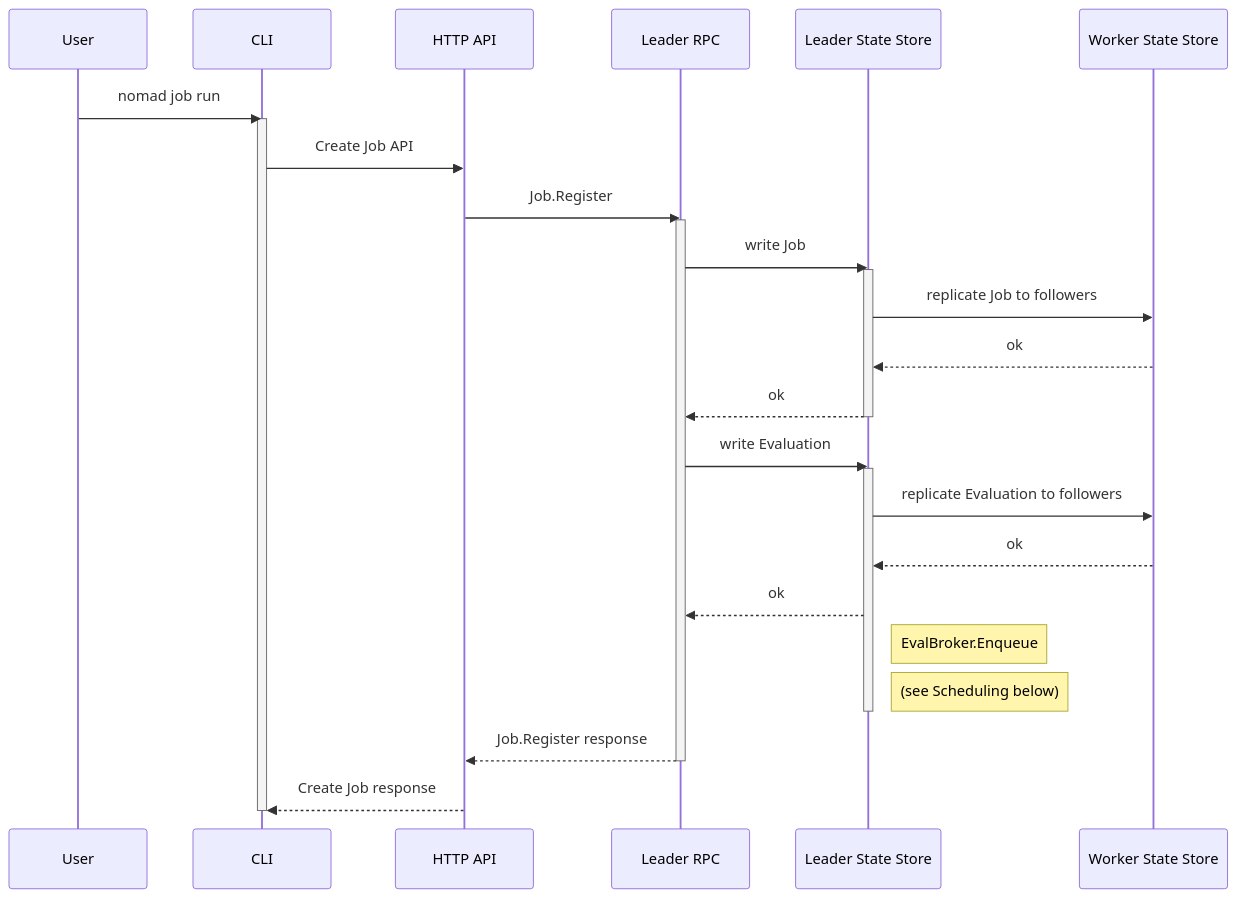
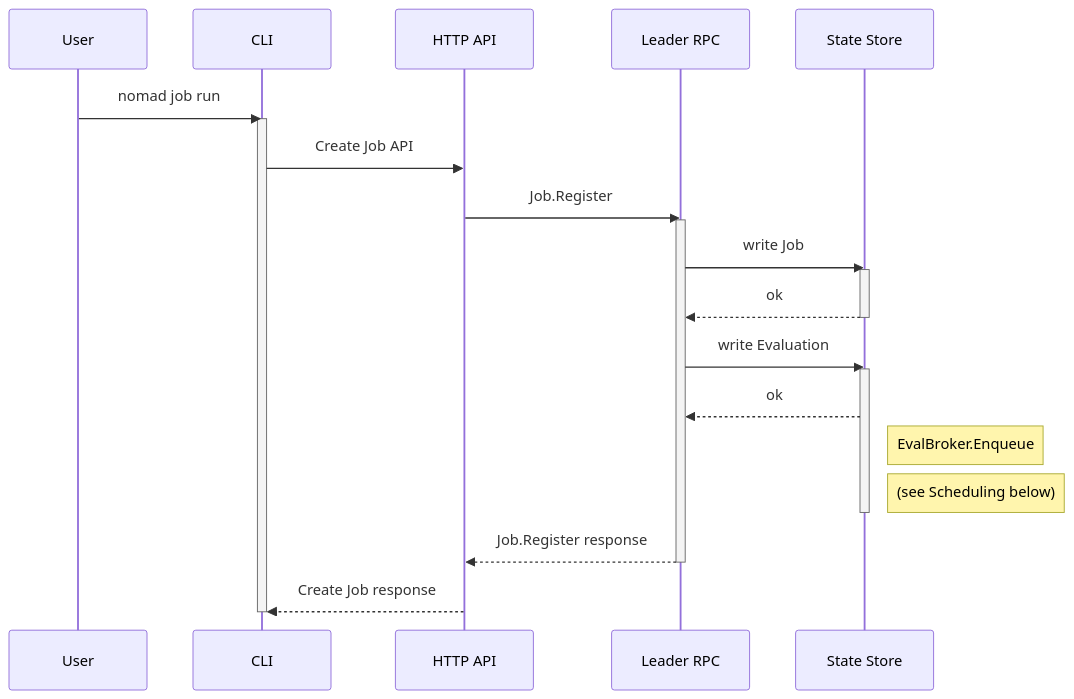
The first of 4 diagrams in contributing/architecture-eval-lifecycle.md (hashicorp/nomad), drawn with Mermaid before and after one commit. The commit also changed other lines of this file, not shown here.

Commit message:
make state store atomic

````diff
--- a/contributing/architecture-eval-lifecycle.md
+++ b/contributing/architecture-eval-lifecycle.md
@@ -30,44 +37,38 @@
 ```mermaid
 sequenceDiagram
 
     participant user as User
     participant cli as CLI
     participant httpAPI as HTTP API
     participant leaderRpc as Leader RPC
-    participant leaderFSM as Leader State Store
-    participant workerFSM as Worker State Store
+    participant stateStore as State Store
 
     user ->> cli: nomad job run
     activate cli
     cli ->> httpAPI: Create Job API
     httpAPI ->> leaderRpc: Job.Register
 
     activate leaderRpc
 
-    leaderRpc ->> leaderFSM: write Job
-    activate leaderFSM
-    leaderFSM ->> workerFSM: replicate Job to followers
+    leaderRpc ->> stateStore: write Job
+    activate stateStore
+    stateStore -->> leaderRpc: ok
+    deactivate stateStore
 
-    workerFSM -->> leaderFSM: ok
-    leaderFSM -->> leaderRpc: ok
-    deactivate leaderFSM
+    leaderRpc ->> stateStore: write Evaluation
 
-    leaderRpc ->> leaderFSM: write Evaluation
+    activate stateStore
+    stateStore -->> leaderRpc: ok
 
-    activate leaderFSM
-    leaderFSM ->> workerFSM: replicate Evaluation to followers
-    workerFSM -->> leaderFSM: ok
-    leaderFSM -->> leaderRpc: ok
+    Note right of stateStore: EvalBroker.Enqueue
+    Note right of stateStore: (see Scheduling below)
 
-    Note right of leaderFSM: EvalBroker.Enqueue
-    Note right of leaderFSM: (see Scheduling below)
-
-    deactivate leaderFSM
+    deactivate stateStore
 
     leaderRpc -->> httpAPI: Job.Register response
     deactivate leaderRpc
 
     httpAPI -->> cli: Create Job response
     deactivate cli
 
 ```
````
